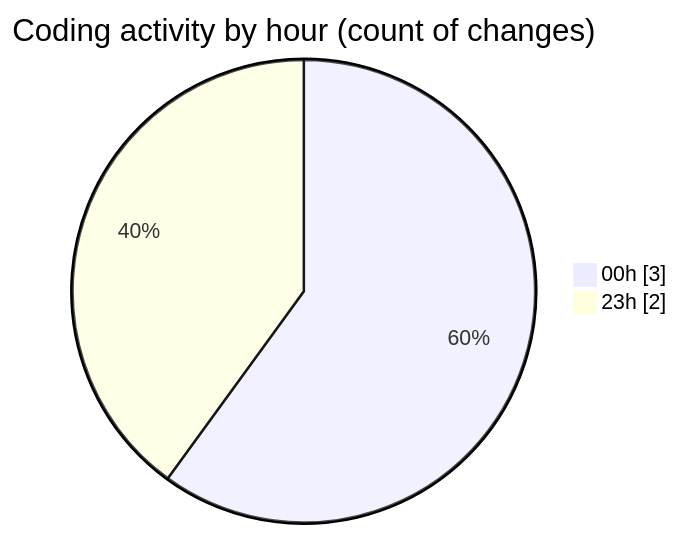
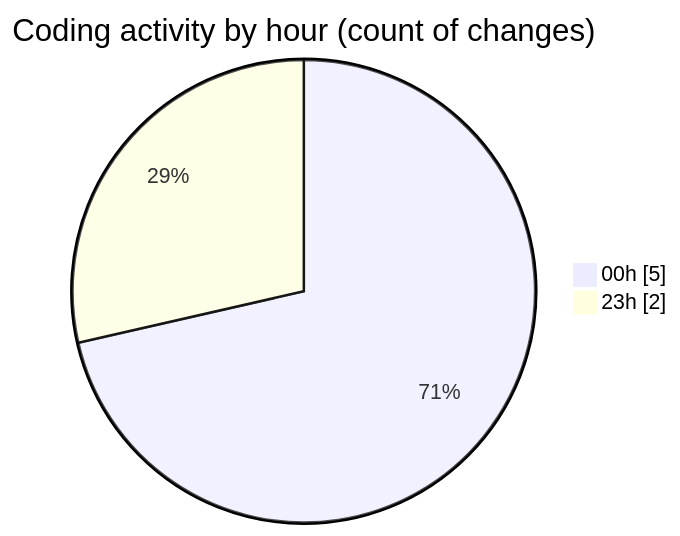
One commit to BS-eng2023/code-tracking changed the second of 2 diagrams in 2025-03-24/aufgabe_250321/README.md. Above: the diagram before and after it, drawn with Mermaid. The commit also changed other lines of this file and 1 other file, not shown here.

````diff
--- a/2025-03-24/aufgabe_250321/README.md
+++ b/2025-03-24/aufgabe_250321/README.md
@@ -29,6 +29,6 @@
 ```mermaid
 pie showData
 title Coding activity by hour (count of changes)
-"00h" : 3
+"00h" : 5
 "23h" : 2
 ```
````
